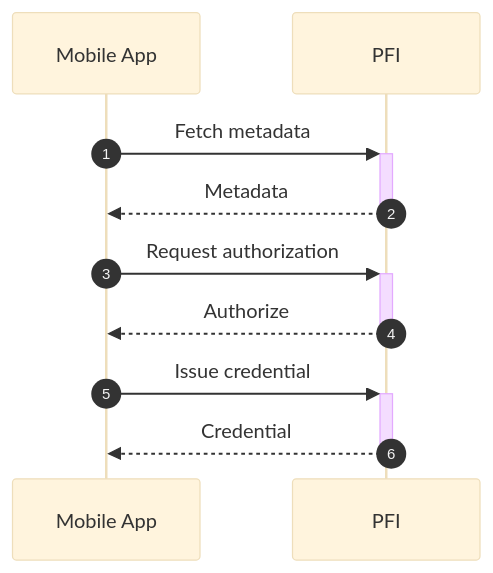
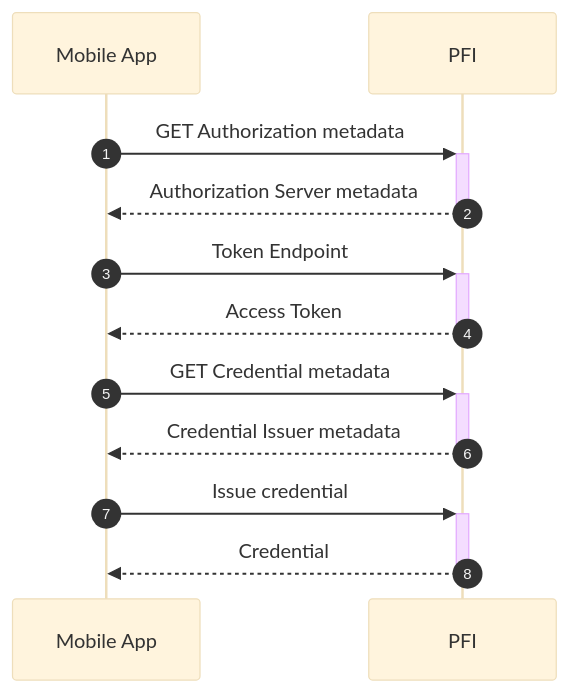
The fifth of 6 diagrams in README.md (TBD54566975/known-customer-credential), drawn with Mermaid (base theme) before and after one commit. The commit also changed other lines of this file, not shown here.

First line of the commit message:
Document Deferred Credential endpoint (#48)

````diff
--- a/README.md
+++ b/README.md
@@ -429,14 +435,16 @@
 ```mermaid
 sequenceDiagram
 autonumber
 
 participant D as Mobile App
 participant P as PFI
 
-D->>+P: Fetch metadata
-P-->>-D: Metadata
-D->>+P: Request authorization
-P-->>-D: Authorize
+D->>+P: GET Authorization metadata
+P-->>-D: Authorization Server metadata
+D->>+P: Token Endpoint
+P-->>-D: Access Token
+D->>+P: GET Credential metadata
+P-->>-D: Credential Issuer metadata
 D->>+P: Issue credential
 P-->>-D: Credential
 ```
````
